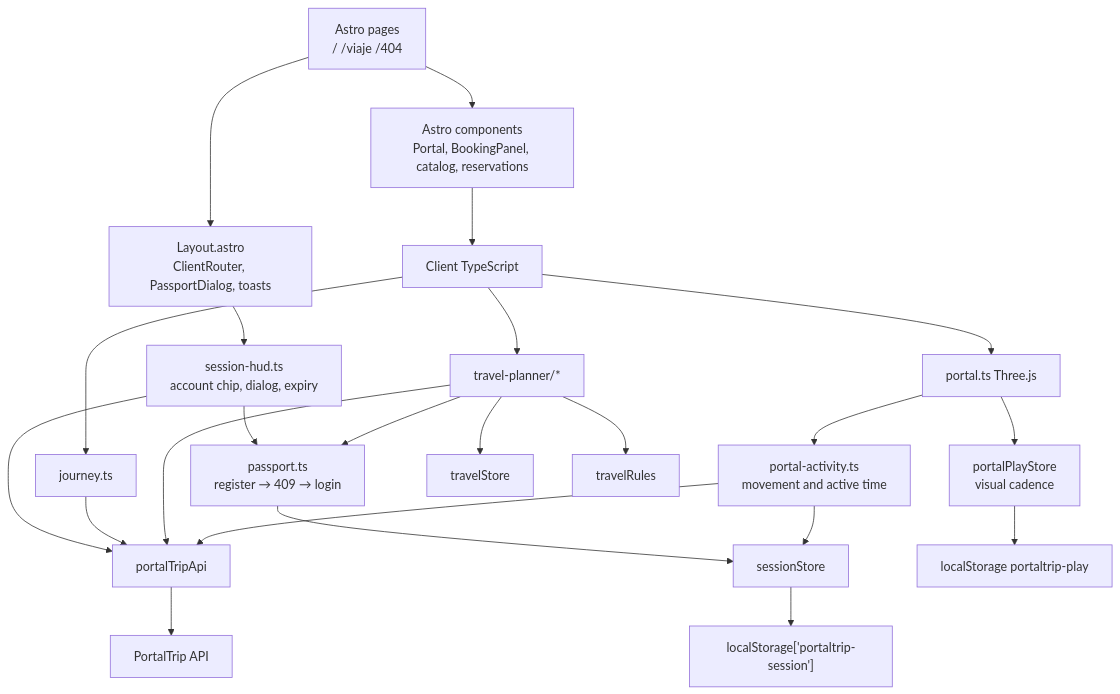
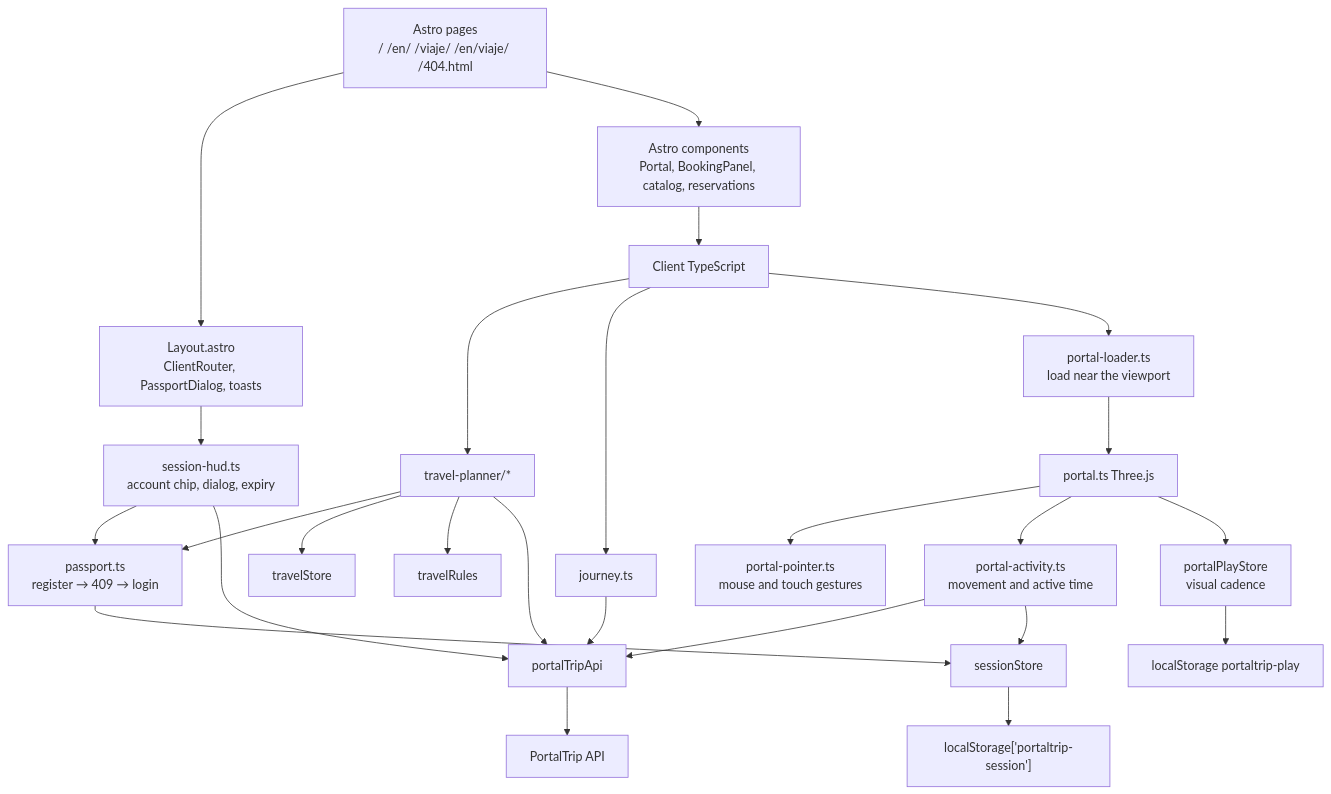
The diagram in README.md (Prgm-code/portaltrip-frontend), drawn with Mermaid before and after one commit. The commit also changed other lines of this file and 1 other file, not shown here.

````diff
--- a/README.md
+++ b/README.md
@@ -166,25 +199,27 @@
 ```mermaid
 flowchart TD
-  pages["Astro pages<br>/ /viaje /404"] --> layout["Layout.astro<br>ClientRouter, PassportDialog, toasts"]
+  pages["Astro pages<br>/ /en/ /viaje/ /en/viaje/ /404.html"] --> layout["Layout.astro<br>ClientRouter, PassportDialog, toasts"]
   pages --> components["Astro components<br>Portal, BookingPanel, catalog, reservations"]
   layout --> hud["session-hud.ts<br>account chip, dialog, expiry"]
   components --> scripts["Client TypeScript"]
   scripts --> planner["travel-planner/*"]
   scripts --> journey["journey.ts"]
-  scripts --> portal["portal.ts Three.js"]
+  scripts --> loader["portal-loader.ts<br>load near the viewport"]
+  loader --> portal["portal.ts Three.js"]
+  portal --> pointer["portal-pointer.ts<br>mouse and touch gestures"]
   portal --> activity["portal-activity.ts<br>movement and active time"]
   portal --> play["portalPlayStore<br>visual cadence"]
   activity --> api
   activity --> session
   play --> playStorage["localStorage portaltrip-play"]
   planner --> passport["passport.ts<br>register → 409 → login"]
   hud --> passport
   planner --> store["travelStore"]
   passport --> session["sessionStore"]
   planner --> rules["travelRules"]
   planner --> api["portalTripApi"]
   journey --> api
   hud --> api
   session --> storage["localStorage['portaltrip-session']"]
   api --> pt["PortalTrip API"]
 ```
````
